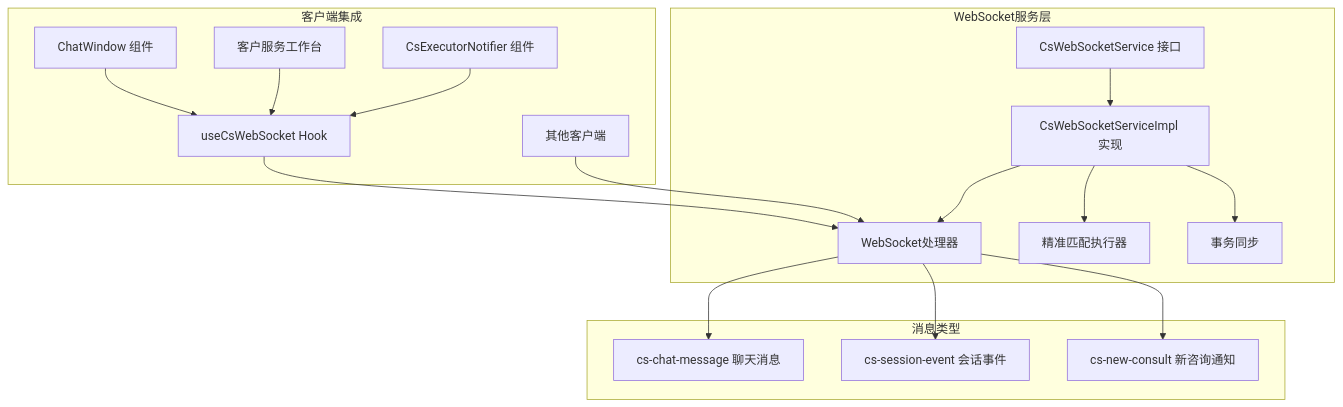
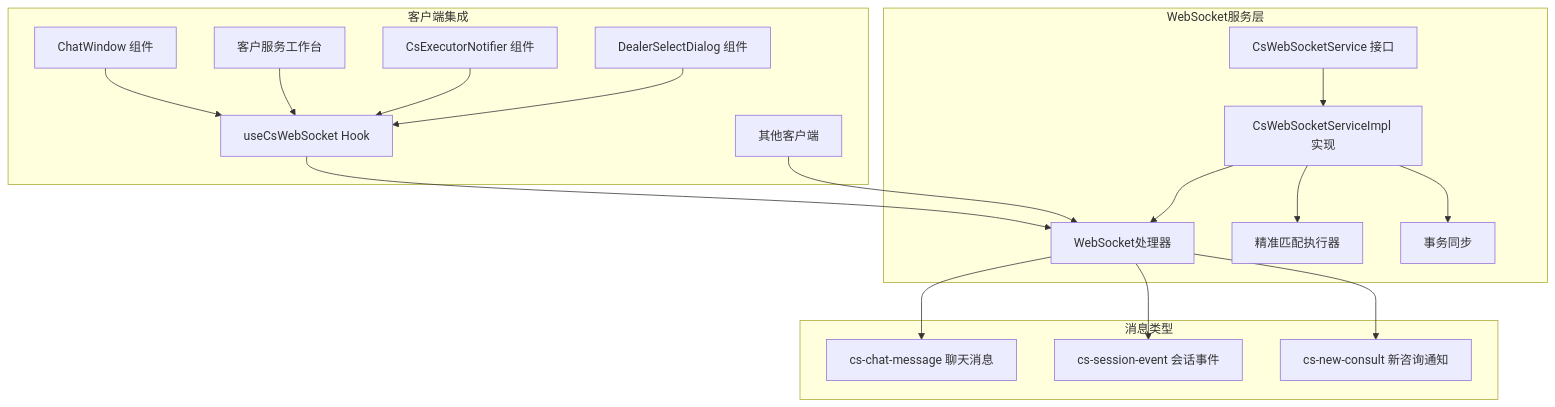
Diagram 19 of 48 in .qoder/repowiki/zh/content/核心模块/客户服务模块.md (xiaoche80s-tech/rouyi-vue-pro), drawn with Mermaid before and after one commit. The commit also changed other lines of this file and 977 other files, not shown here.

````diff
--- a/.qoder/repowiki/zh/content/核心模块/客户服务模块.md
+++ b/.qoder/repowiki/zh/content/核心模块/客户服务模块.md
@@ -990,34 +1063,36 @@
 ```mermaid
 graph TB
 subgraph "WebSocket服务层"
 WS_INTERFACE[CsWebSocketService 接口]
 WS_IMPL[CsWebSocketServiceImpl 实现]
 WS_HANDLER[WebSocket处理器]
 PRECISE_MATCH[精准匹配执行器]
 TRANSACTION_SYNC[事务同步]
 end
 subgraph "消息类型"
 CHAT_MESSAGE[cs-chat-message 聊天消息]
 SESSION_EVENT[cs-session-event 会话事件]
 NEW_CONSULT[cs-new-consult 新咨询通知]
 end
 subgraph "客户端集成"
 USE_HOOK[useCsWebSocket Hook]
 CHAT_WINDOW[ChatWindow 组件]
 WORKBENCH[客户服务工作台]
 EXECUTOR_NOTIFIER[CsExecutorNotifier 组件]
+DEALER_SELECT_DIALOG[DealerSelectDialog 组件]
 OTHER_CLIENTS[其他客户端]
 end
 WS_INTERFACE --> WS_IMPL
 WS_IMPL --> WS_HANDLER
 WS_IMPL --> PRECISE_MATCH
 WS_IMPL --> TRANSACTION_SYNC
 WS_HANDLER --> CHAT_MESSAGE
 WS_HANDLER --> SESSION_EVENT
 WS_HANDLER --> NEW_CONSULT
 USE_HOOK --> WS_HANDLER
 CHAT_WINDOW --> USE_HOOK
 WORKBENCH --> USE_HOOK
 EXECUTOR_NOTIFIER --> USE_HOOK
+DEALER_SELECT_DIALOG --> USE_HOOK
 OTHER_CLIENTS --> WS_HANDLER
 ```
````
